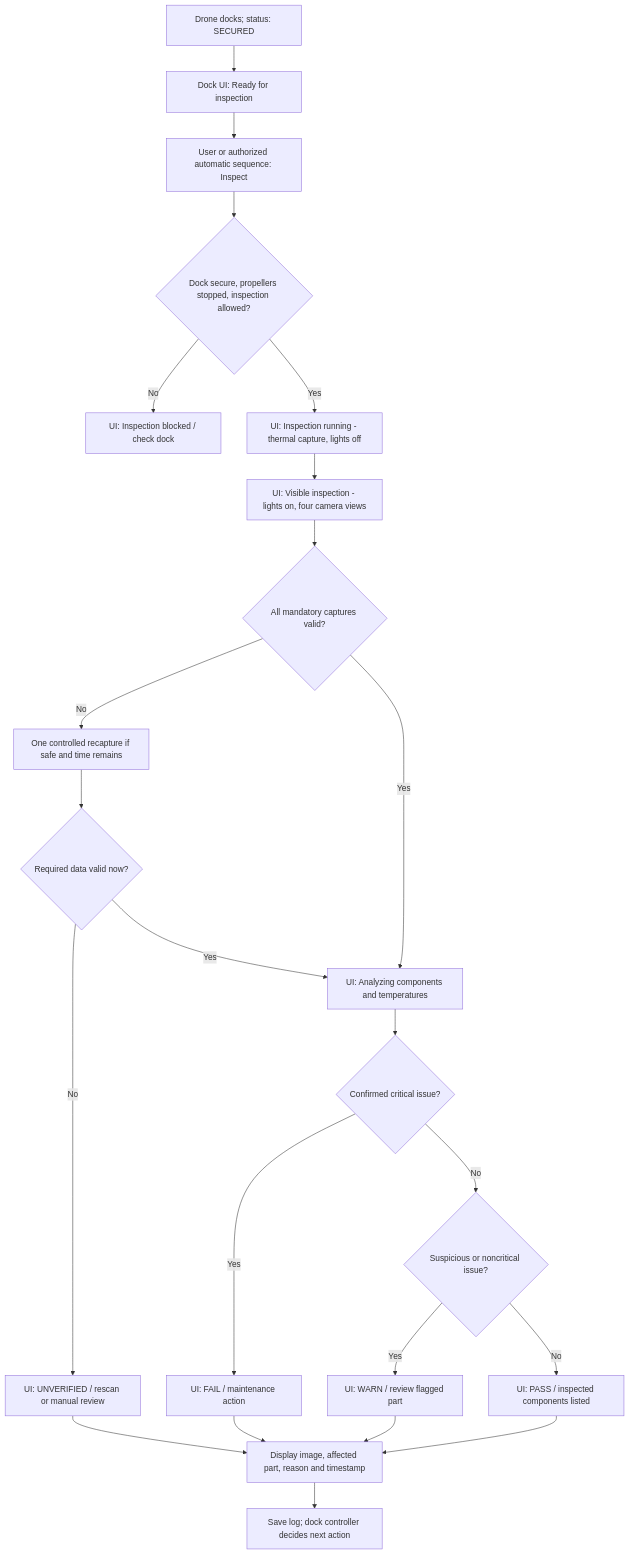
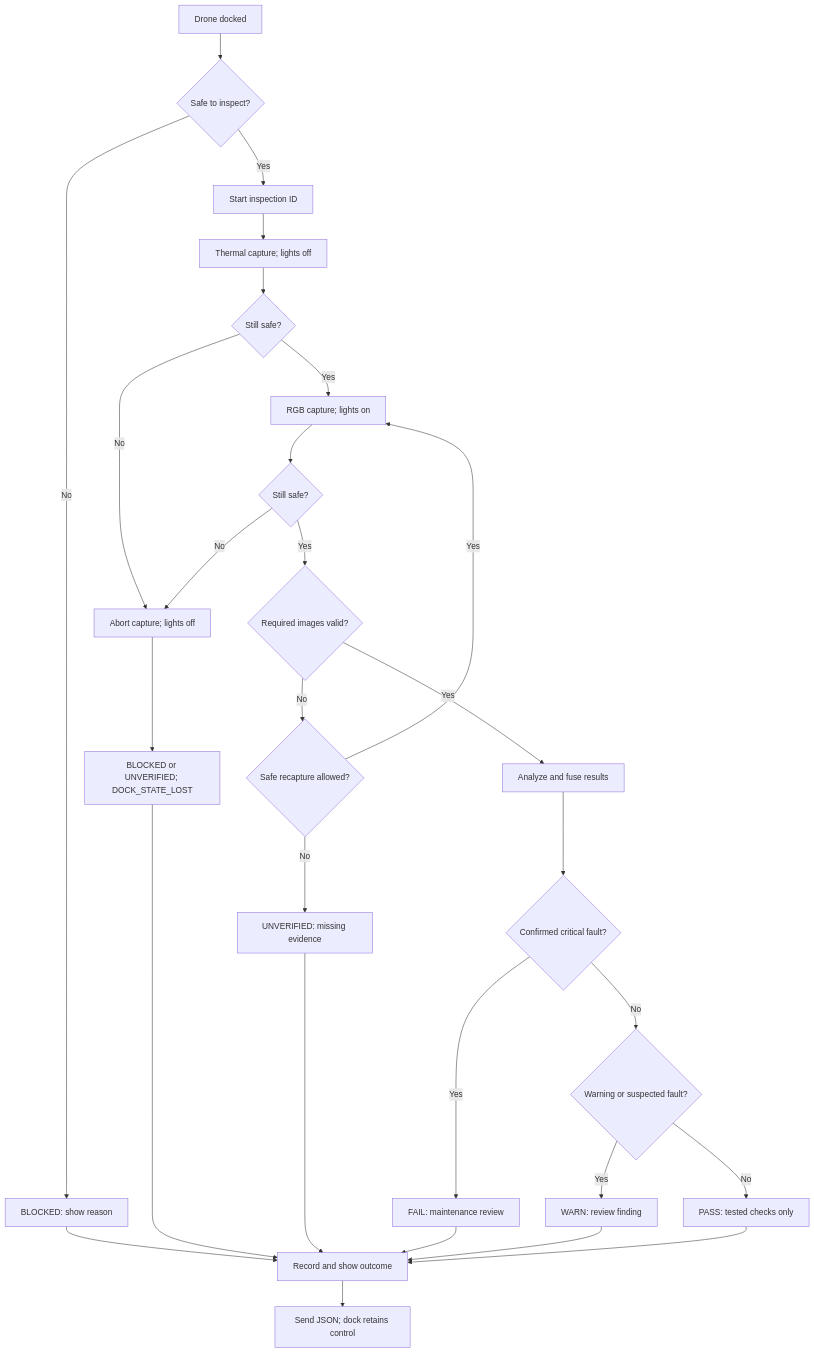
One commit to TnTech-ECE/F26-Team-6 changed the third of 4 diagrams in Reports/II) Conceptual Design.md. Above: the diagram before and after it, drawn with Mermaid. The commit also changed other lines of this file, not shown here.

Commit message:
Revise conceptual design based on review feedback and update research citations

````diff
--- a/Reports/II) Conceptual Design.md
+++ b/Reports/II) Conceptual Design.md
@@ -192,25 +263,30 @@
 ```mermaid
 flowchart TD
-    A["Drone docks; status: SECURED"] --> B["Dock UI: Ready for inspection"]
-    B --> C["User or authorized automatic sequence: Inspect"]
-    C --> D{"Dock secure, propellers stopped, inspection allowed?"}
-    D -- No --> E["UI: Inspection blocked / check dock"]
-    D -- Yes --> F["UI: Inspection running - thermal capture, lights off"]
-    F --> G["UI: Visible inspection - lights on, four camera views"]
-    G --> H{"All mandatory captures valid?"}
-    H -- No --> I["One controlled recapture if safe and time remains"]
-    I --> H2{"Required data valid now?"}
-    H2 -- No --> U["UI: UNVERIFIED / rescan or manual review"]
-    H2 -- Yes --> J["UI: Analyzing components and temperatures"]
-    H -- Yes --> J
-    J --> K{"Confirmed critical issue?"}
-    K -- Yes --> L["UI: FAIL / maintenance action"]
-    K -- No --> M{"Suspicious or noncritical issue?"}
-    M -- Yes --> N["UI: WARN / review flagged part"]
-    M -- No --> O["UI: PASS / inspected components listed"]
-    U --> P["Display image, affected part, reason and timestamp"]
-    L --> P
-    N --> P
-    O --> P
-    P --> Q["Save log; dock controller decides next action"]
+    A[Drone docked] --> B{Safe to inspect?}
+    B -- No --> C[BLOCKED: show reason]
+    B -- Yes --> D[Start inspection ID]
+    D --> E[Thermal capture; lights off]
+    E --> F{Still safe?}
+    F -- No --> X[Abort capture; lights off]
+    F -- Yes --> G[RGB capture; lights on]
+    G --> H{Still safe?}
+    H -- No --> X
+    H -- Yes --> I{Required images valid?}
+    I -- No --> J{Safe recapture allowed?}
+    J -- Yes --> G
+    J -- No --> U[UNVERIFIED: missing evidence]
+    I -- Yes --> K[Analyze and fuse results]
+    K --> L{Confirmed critical fault?}
+    L -- Yes --> M[FAIL: maintenance review]
+    L -- No --> N{Warning or suspected fault?}
+    N -- Yes --> O[WARN: review finding]
+    N -- No --> P[PASS: tested checks only]
+    X --> Y[BLOCKED or UNVERIFIED; DOCK_STATE_LOST]
+    C --> Z[Record and show outcome]
+    U --> Z
+    Y --> Z
+    M --> Z
+    O --> Z
+    P --> Z
+    Z --> Q[Send JSON; dock retains control]
 ```
````
